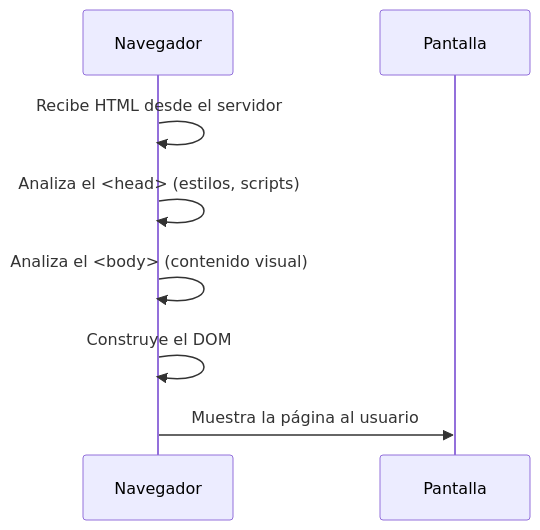
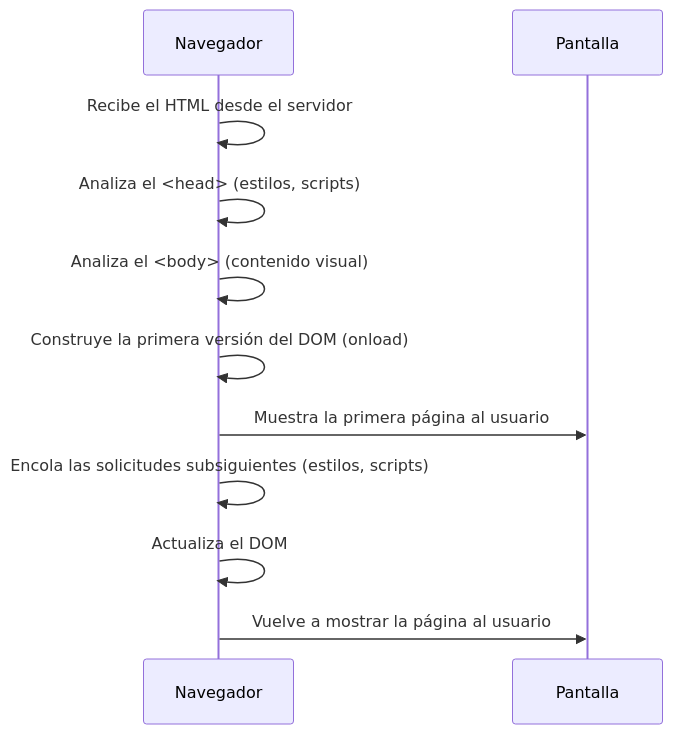
Before and after one commit to breatheco-de/mastering-web-dynamics-from-HTTP-to-real-time: the diagram in lessons/parsing-the-html.es.md, drawn with Mermaid. The commit also changed other lines of this file and 13 other files, not shown here.

````diff
--- a/lessons/parsing-the-html.es.md
+++ b/lessons/parsing-the-html.es.md
@@ -65,10 +75,14 @@
 ```mermaid
 sequenceDiagram
-    participant Navegador
+        participant Navegador
 
-    Navegador->>Navegador: Recibe HTML desde el servidor
-    Navegador->>Navegador: Analiza el <head> (estilos, scripts)
-    Navegador->>Navegador: Analiza el <body> (contenido visual)
-    Navegador->>Navegador: Construye el DOM
-    Navegador->>Pantalla: Muestra la página al usuario
+        Navegador->>Navegador: Recibe el HTML desde el servidor
+        Navegador->>Navegador: Analiza el <head> (estilos, scripts)
+        Navegador->>Navegador: Analiza el <body> (contenido visual)
+        Navegador->>Navegador: Construye la primera versión del DOM (onload)
+        Navegador->>Pantalla: Muestra la primera página al usuario
+        Navegador->>Navegador: Encola las solicitudes subsiguientes (estilos, scripts)
+        Navegador->>Navegador: Actualiza el DOM
+        Navegador->>Pantalla: Vuelve a mostrar la página al usuario
+
 ```
````
